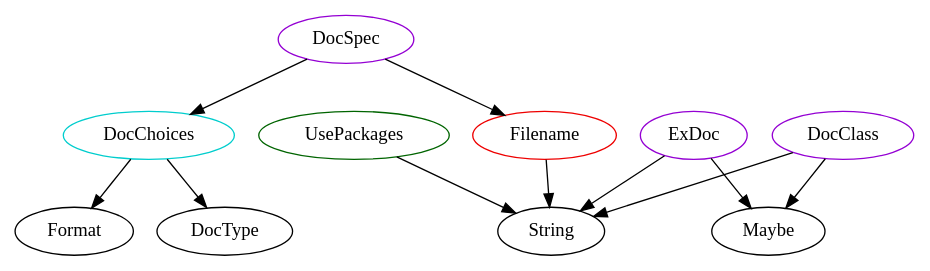
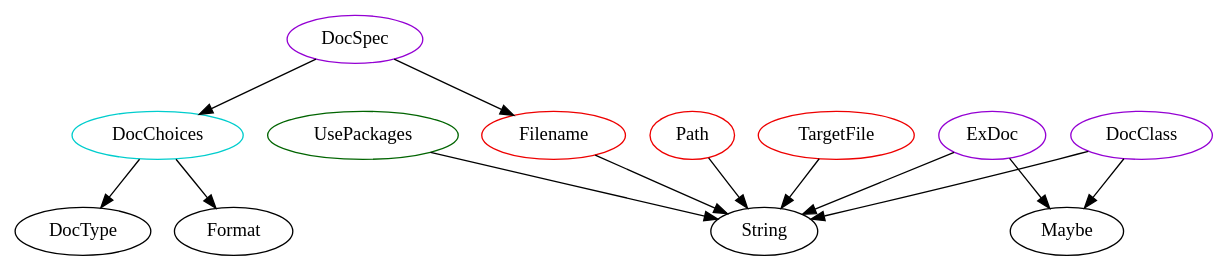
Before and after one commit to JacquesCarette/Drasil: the diagram in analysis/TypeDependencyGraphs/gen.dot, drawn with Graphviz. The commit also changed 782 other files, not shown here.

```diff
--- a/analysis/TypeDependencyGraphs/gen.dot
+++ b/analysis/TypeDependencyGraphs/gen.dot
@@ -1,36 +1,46 @@
 digraph alltypes {
 	subgraph formats {
 		subgraph docchoices{
 		DocChoices	[shape=oval, color=cyan3, label="DocChoices"];
 		DocChoices -> DocType;
 		DocChoices -> Format;
 		}
 		subgraph docspec{
 		DocSpec	[shape=oval, color=darkviolet, label="DocSpec"];
 		DocSpec -> DocChoices;
 		DocSpec -> Filename;
 		}
 		subgraph docclass{
 		DocClass	[shape=oval, color=darkviolet, label="DocClass"];
 		DocClass -> Maybe;
 		DocClass -> String;
 		}
 		subgraph exdoc{
 		ExDoc	[shape=oval, color=darkviolet, label="ExDoc"];
 		ExDoc -> Maybe;
 		ExDoc -> String;
 		}
 		subgraph usepackages{
 		UsePackages	[shape=oval, color=darkgreen, label="UsePackages"];
 		UsePackages -> String;
 		}
 		subgraph filename{
 		Filename	[shape=oval, color=red2, label="Filename"];
 		Filename -> String;
 		}
 	}
+	subgraph dump {
+		subgraph path{
+		Path	[shape=oval, color=red2, label="Path"];
+		Path -> String;
+		}
+		subgraph targetfile{
+		TargetFile	[shape=oval, color=red2, label="TargetFile"];
+		TargetFile -> String;
+		}
+	}
 	subgraph generate {
 	}
 	subgraph typececkh {
 	}
 }
```
